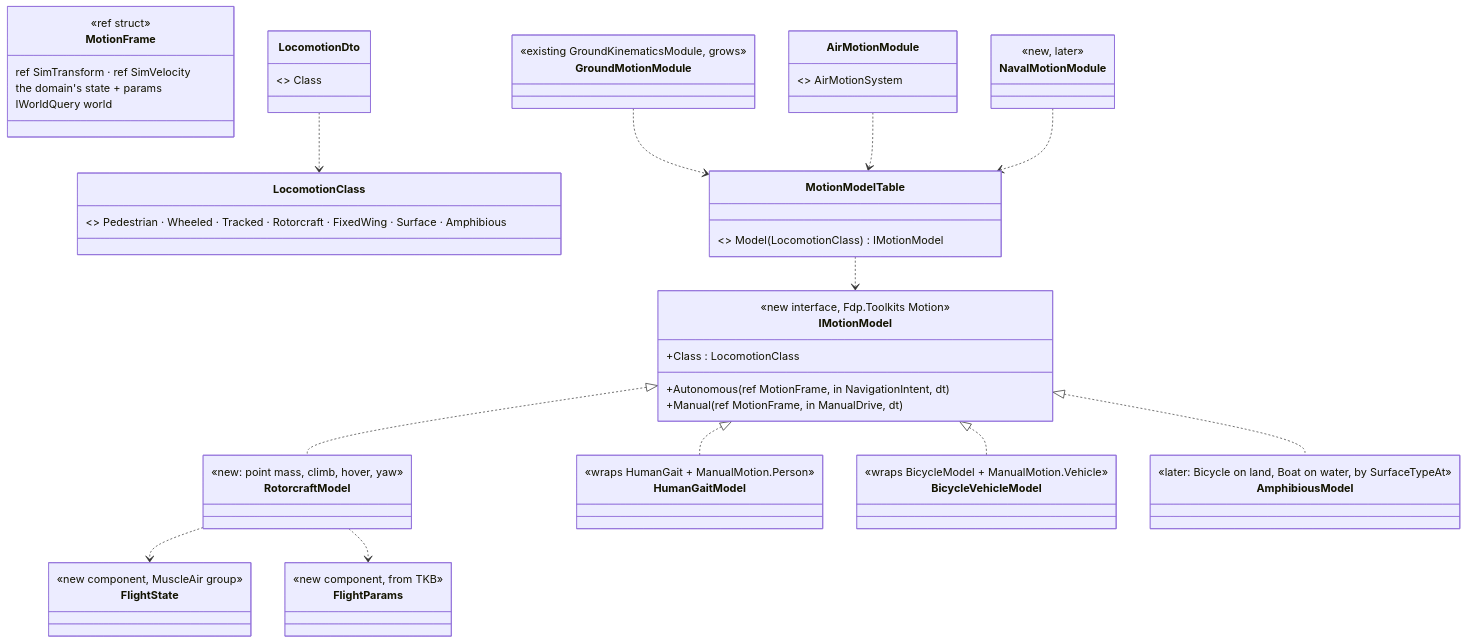
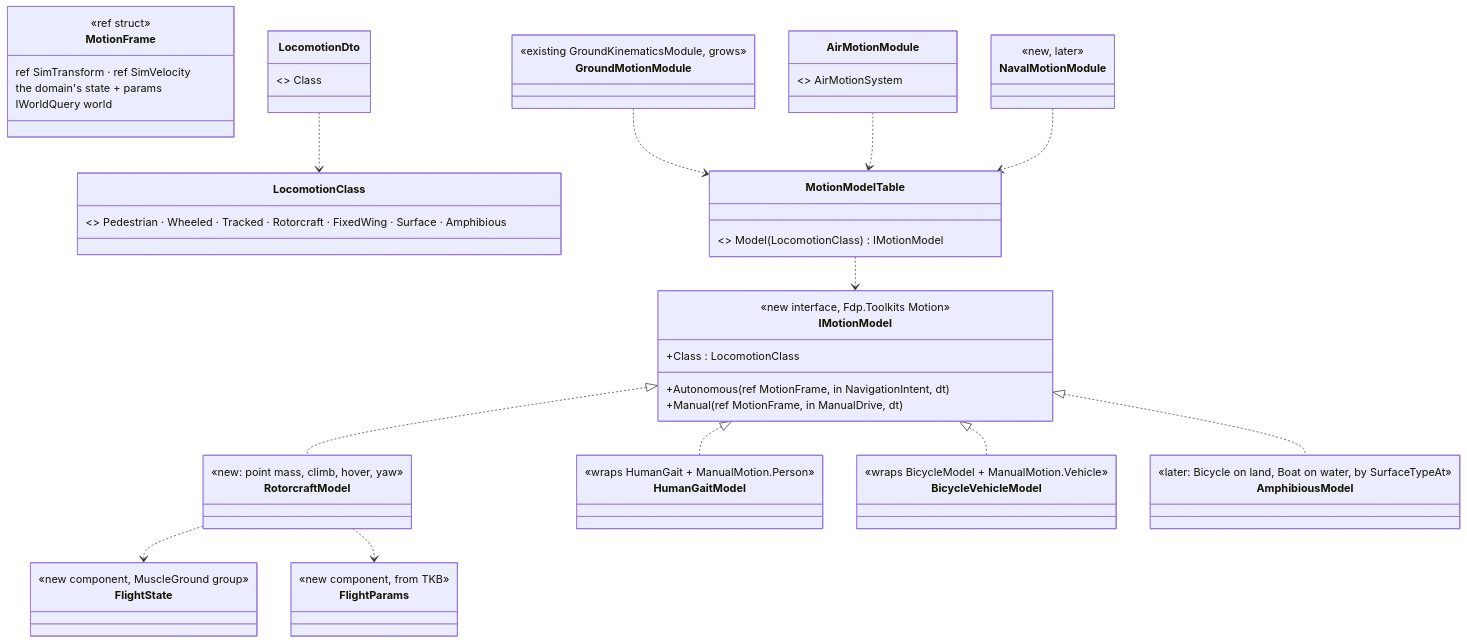
One commit to pjanec/HROT changed the second of 3 diagrams in docs/designs/motion-models/DESIGN_Motion_Domains.md. Above: the diagram before and after it, drawn with Mermaid. The commit also changed other lines of this file and 6 other files, not shown here.

First line of the commit message:
CE-3199 / R-3005: one Muscle role moves every body - a flyer is MuscleGround's

````diff
--- a/docs/designs/motion-models/DESIGN_Motion_Domains.md
+++ b/docs/designs/motion-models/DESIGN_Motion_Domains.md
@@ -82,38 +82,38 @@
 ```mermaid
 classDiagram
   class IMotionModel {
     <<new interface, Fdp.Toolkits Motion>>
     +Class : LocomotionClass
     +Autonomous(ref MotionFrame, in NavigationIntent, dt)
     +Manual(ref MotionFrame, in ManualDrive, dt)
   }
   class MotionFrame {
     <<ref struct>>
     ref SimTransform · ref SimVelocity
     the domain's state + params
     IWorldQuery world
   }
   class LocomotionDto { <<new TKB descriptor "Gen.Locomotion">> Class }
   class LocomotionClass { <<enum>> Pedestrian · Wheeled · Tracked · Rotorcraft · FixedWing · Surface · Amphibious }
   class MotionModelTable { <<new static>> Model(LocomotionClass) IMotionModel }
   class GroundMotionModule { <<existing GroundKinematicsModule, grows>> }
   class AirMotionModule { <<new>> AirMotionSystem }
   class NavalMotionModule { <<new, later>> }
   class RotorcraftModel { <<new: point mass, climb, hover, yaw>> }
   class HumanGaitModel { <<wraps HumanGait + ManualMotion.Person>> }
   class BicycleVehicleModel { <<wraps BicycleModel + ManualMotion.Vehicle>> }
   class AmphibiousModel { <<later: Bicycle on land, Boat on water, by SurfaceTypeAt>> }
-  class FlightState { <<new component, MuscleAir group>> }
+  class FlightState { <<new component, MuscleGround group>> }
   class FlightParams { <<new component, from TKB>> }
   IMotionModel <|.. HumanGaitModel
   IMotionModel <|.. BicycleVehicleModel
   IMotionModel <|.. RotorcraftModel
   IMotionModel <|.. AmphibiousModel
   MotionModelTable ..> IMotionModel
   GroundMotionModule ..> MotionModelTable
   AirMotionModule ..> MotionModelTable
   NavalMotionModule ..> MotionModelTable
   RotorcraftModel ..> FlightState
   RotorcraftModel ..> FlightParams
   LocomotionDto ..> LocomotionClass
 ```
````
